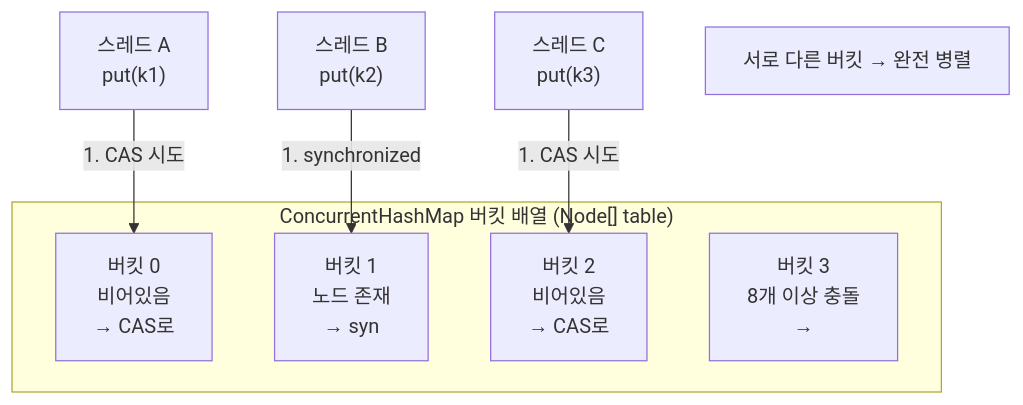
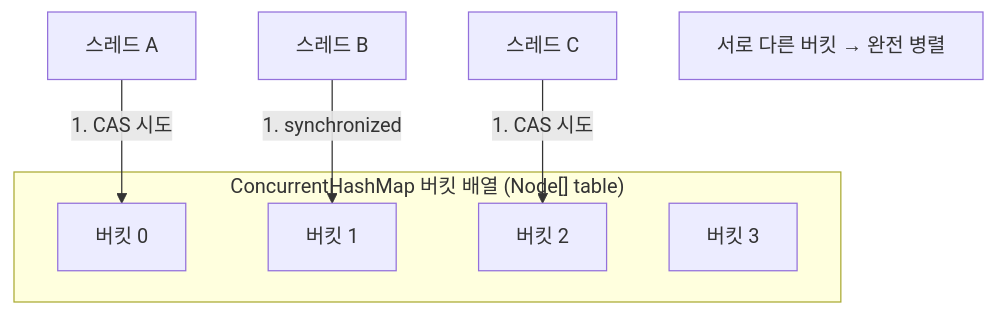
One commit to yjkim2015/yjkim2015.github.io changed diagram 12 of 17 in _posts/java/2026-05-01-java-thread.md. Above: the diagram before and after it, drawn with Mermaid. The commit also changed other lines of this file and 217 other files, not shown here.

First line of the commit message:
Mermaid 크기 수정: useMaxWidth:true + SVG max-width:100% + 라벨 축소

````diff
--- a/_posts/java/2026-05-01-java-thread.md
+++ b/_posts/java/2026-05-01-java-thread.md
@@ -1138,13 +1138,13 @@
 ```mermaid
 graph TD
   subgraph "ConcurrentHashMap 버킷 배열 (Node[] table)"
-    B0["버킷 0\n비어있음\n→ CAS로"]
-    B1["버킷 1\n노드 존재\n→ syn"]
-    B2["버킷 2\n비어있음\n→ CAS로"]
-    B3["버킷 3\n8개 이상 충돌\n→"]
+    B0["버킷 0"]
+    B1["버킷 1"]
+    B2["버킷 2"]
+    B3["버킷 3"]
   end
-  T1["스레드 A\nput(k1)"] -->|"1. CAS 시도"| B0
-  T2["스레드 B\nput(k2)"] -->|"1. synchronized"| B1
-  T3["스레드 C\nput(k3)"] -->|"1. CAS 시도"| B2
-  NOTE["서로 다른 버킷 → 완전 병렬\n"]
+  T1["스레드 A"] -->|"1. CAS 시도"| B0
+  T2["스레드 B"] -->|"1. synchronized"| B1
+  T3["스레드 C"] -->|"1. CAS 시도"| B2
+  NOTE["서로 다른 버킷 → 완전 병렬"]
 ```
````
